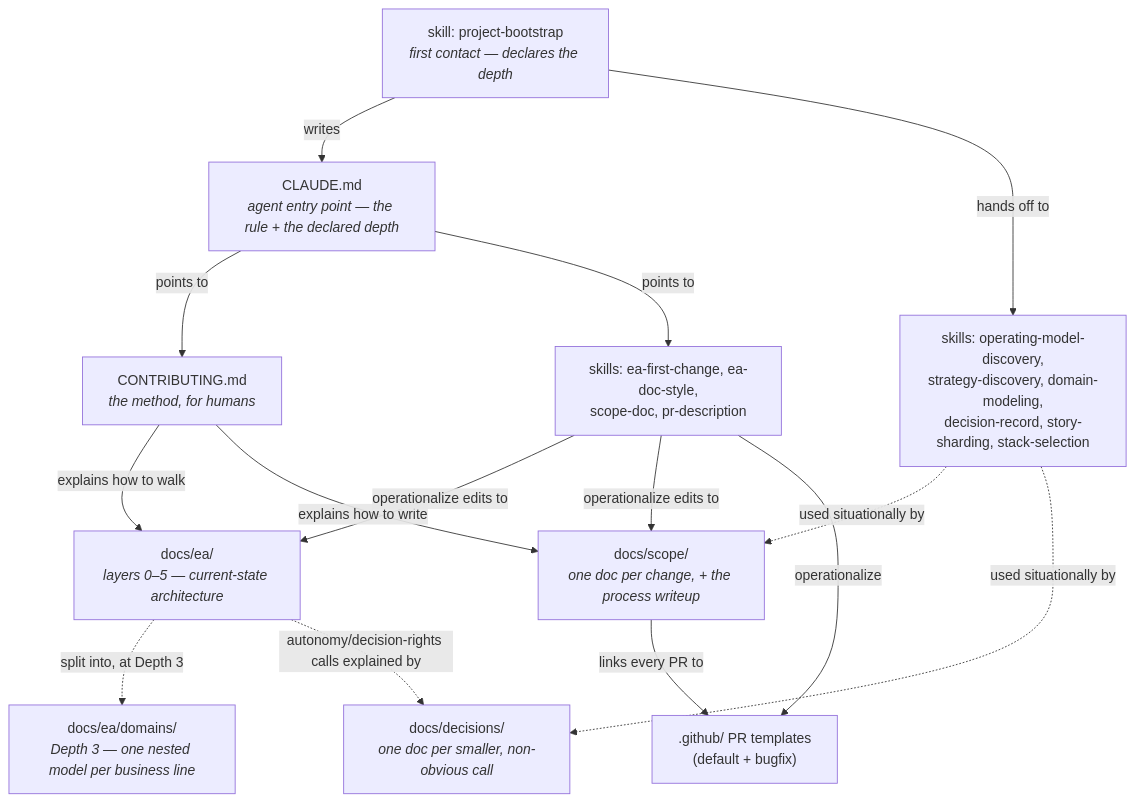
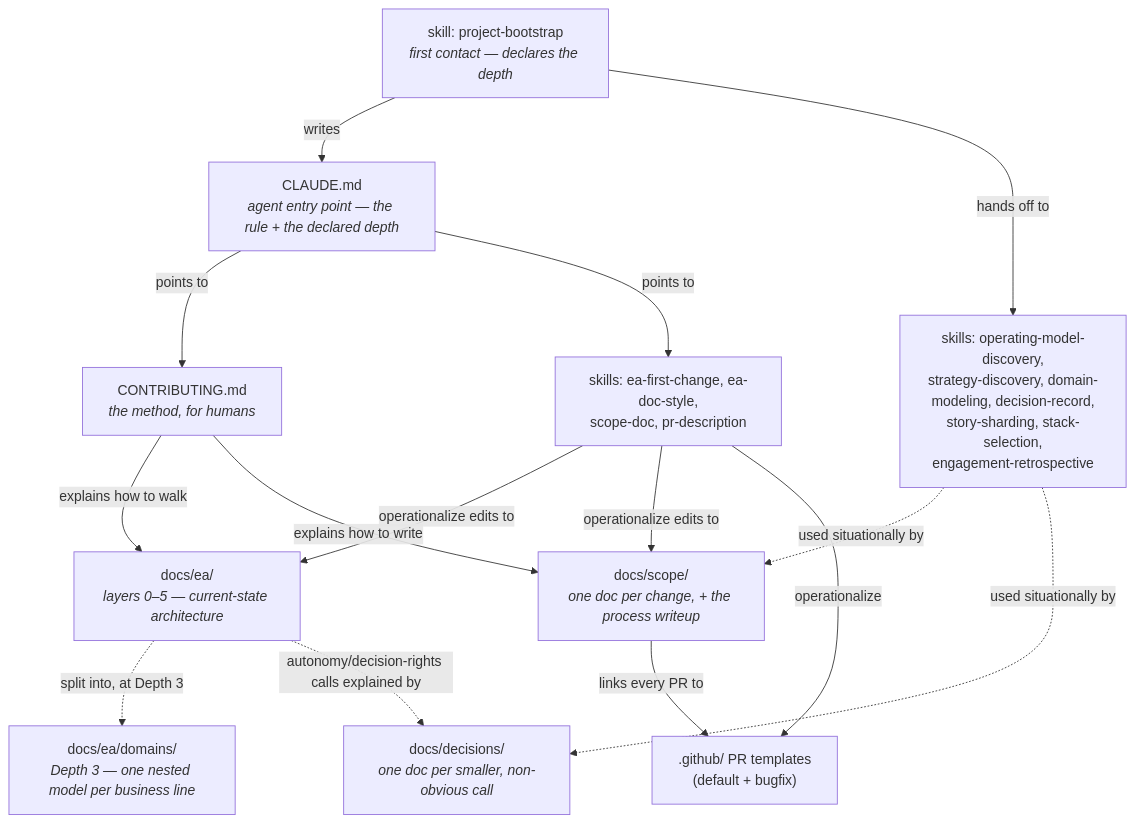
The third of 3 diagrams in README.md (roanboc/architecture-archreator), drawn with Mermaid before and after one commit. The commit also changed other lines of this file and 18 other files, not shown here.

````diff
--- a/README.md
+++ b/README.md
@@ -368,28 +368,28 @@
 ```mermaid
 flowchart TB
   bootstrap["skill: project-bootstrap<br><i>first contact — declares the depth</i>"]
   claude["CLAUDE.md<br><i>agent entry point — the rule + the declared depth</i>"]
   contrib["CONTRIBUTING.md<br><i>the method, for humans</i>"]
   ea["docs/ea/<br><i>layers 0–5 — current-state architecture</i>"]
   domains["docs/ea/domains/<br><i>Depth 3 — one nested model per business line</i>"]
   scope["docs/scope/<br><i>one doc per change, + the process writeup</i>"]
   decisions["docs/decisions/<br><i>one doc per smaller, non-obvious call</i>"]
   skillscore["skills: ea-first-change, ea-doc-style,<br>scope-doc, pr-description"]
-  skillssupport["skills: operating-model-discovery,<br>strategy-discovery, domain-modeling,<br>decision-record, story-sharding, stack-selection"]
+  skillssupport["skills: operating-model-discovery,<br>strategy-discovery, domain-modeling, decision-record,<br>story-sharding, stack-selection,<br>engagement-retrospective"]
   pr[".github/ PR templates<br>(default + bugfix)"]
 
   bootstrap -->|writes| claude
   bootstrap -->|hands off to| skillssupport
   claude -->|points to| contrib
   claude -->|points to| skillscore
   contrib -->|explains how to walk| ea
   contrib -->|explains how to write| scope
   ea -.->|split into, at Depth 3| domains
   skillscore -->|operationalize edits to| ea
   skillscore -->|operationalize edits to| scope
   skillscore -->|operationalize| pr
   skillssupport -.->|used situationally by| scope
   skillssupport -.->|used situationally by| decisions
   ea -.->|autonomy/decision-rights calls explained by| decisions
   scope -->|links every PR to| pr
 ```
````
